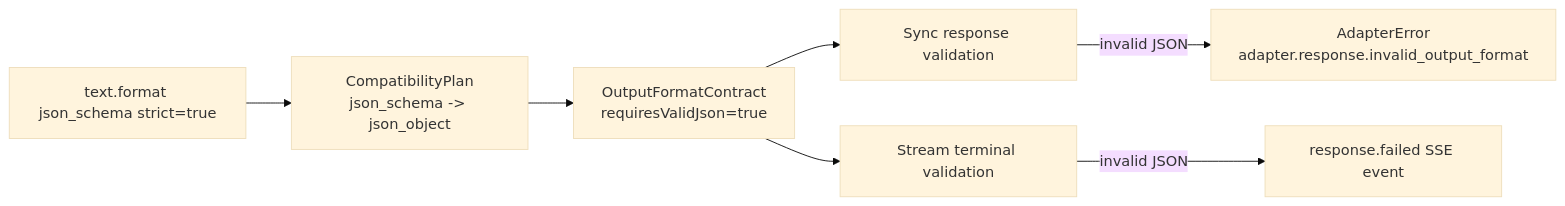
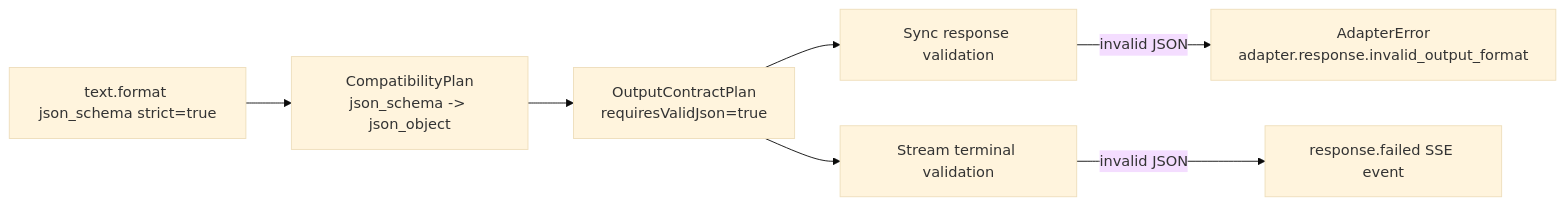
Before and after one commit to Ahoo-Wang/GodeX: the third of 3 diagrams in docs/architecture/responses-bridge-kernel.md, drawn with Mermaid (base theme). The commit also changed other lines of this file and 50 other files, not shown here.

````diff
--- a/docs/architecture/responses-bridge-kernel.md
+++ b/docs/architecture/responses-bridge-kernel.md
@@ -76,9 +76,9 @@
 ```mermaid
 flowchart LR
   Request["text.format json_schema strict=true"] --> Plan["CompatibilityPlan\njson_schema -> json_object"]
-  Plan --> Contract["OutputFormatContract\nrequiresValidJson=true"]
+  Plan --> Contract["OutputContractPlan\nrequiresValidJson=true"]
   Contract --> Sync["Sync response validation"]
   Contract --> Stream["Stream terminal validation"]
   Sync -->|invalid JSON| SyncError["AdapterError\nadapter.response.invalid_output_format"]
   Stream -->|invalid JSON| FailedEvent["response.failed SSE event"]
 ```
````
